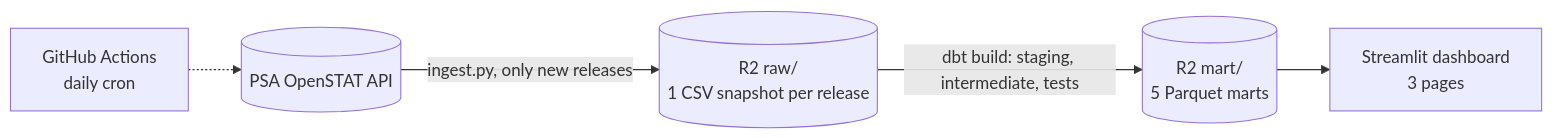
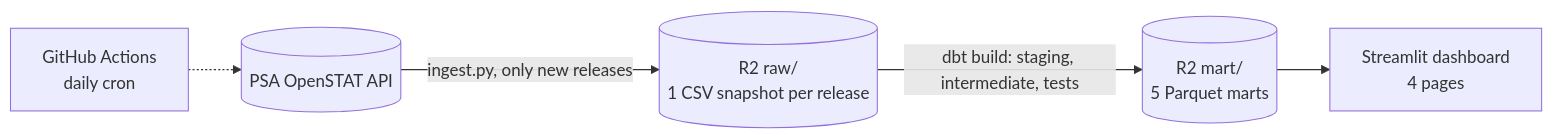
One commit to crylz-z/Agri-Price-Intelligence-Platform changed the diagram in README.md. Above: the diagram before and after it, drawn with Mermaid. The commit also changed other lines of this file and 11 other files, not shown here.

````diff
--- a/README.md
+++ b/README.md
@@ -7,7 +9,7 @@
 ```mermaid
 graph LR
     PSA[("PSA OpenSTAT API")] -->|ingest.py, only new releases| RAW[("R2 raw/<br/>1 CSV snapshot per release")]
     RAW -->|dbt build: staging, intermediate, tests| MART[("R2 mart/<br/>5 Parquet marts")]
-    MART --> UI["Streamlit dashboard<br/>3 pages"]
+    MART --> UI["Streamlit dashboard<br/>4 pages"]
     CRON["GitHub Actions<br/>daily cron"] -.-> PSA
 ```
````
